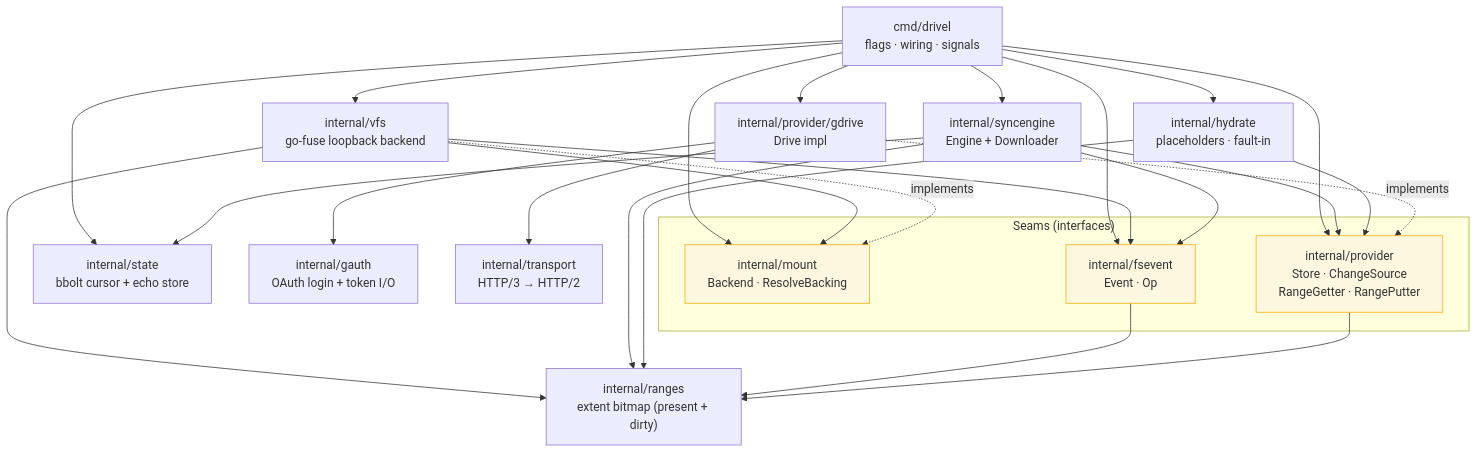
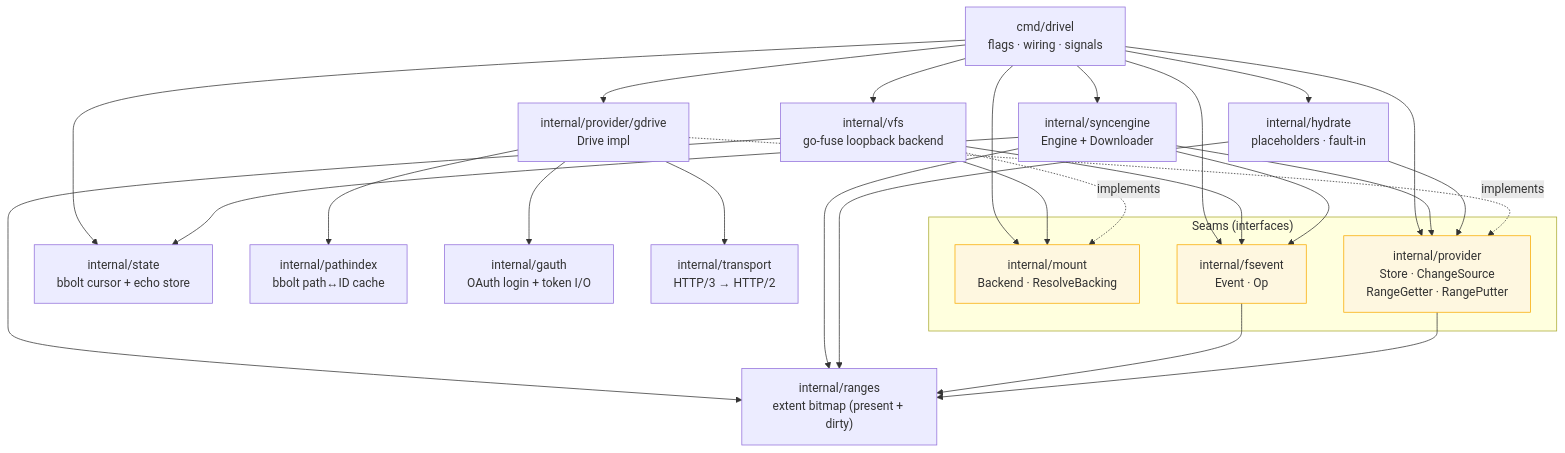
Before and after one commit to syshlted/drivel: the second of 2 diagrams in docs/architecture.md, drawn with Mermaid. The commit also changed other lines of this file and 25 other files, not shown here.

````diff
--- a/docs/architecture.md
+++ b/docs/architecture.md
@@ -88,52 +99,55 @@
 ```mermaid
 flowchart TD
     main["cmd/drivel<br/>flags · wiring · signals"]
 
     subgraph seams["Seams (interfaces)"]
         mount["internal/mount<br/>Backend · ResolveBacking"]
         provider["internal/provider<br/>Store · ChangeSource<br/>RangeGetter · RangePutter"]
         fsevent["internal/fsevent<br/>Event · Op"]
     end
 
     vfs["internal/vfs<br/>go-fuse loopback backend"]
     syncengine["internal/syncengine<br/>Engine + Downloader"]
     state["internal/state<br/>bbolt cursor + echo store"]
     hydrate["internal/hydrate<br/>placeholders · fault-in"]
     rangespkg["internal/ranges<br/>extent bitmap (present + dirty)"]
     gdrive["internal/provider/gdrive<br/>Drive impl"]
+    pathindex["internal/pathindex<br/>bbolt path↔ID cache"]
     gauth["internal/gauth<br/>OAuth login + token I/O"]
     transport["internal/transport<br/>HTTP/3 → HTTP/2"]
 
     main --> mount
     main --> provider
     main --> gdrive
     main --> syncengine
     main --> state
     main --> vfs
     main --> fsevent
     main --> hydrate
 
     vfs --> mount
     vfs --> fsevent
     vfs --> rangespkg
 
     syncengine --> provider
     syncengine --> fsevent
     syncengine --> state
     syncengine --> rangespkg
 
     hydrate --> provider
     hydrate --> rangespkg
 
+    gdrive --> pathindex
+
     fsevent --> rangespkg
     provider --> rangespkg
 
     gdrive -.implements.-> provider
     gdrive --> transport
     gdrive --> gauth
 
     vfs -.implements.-> mount
 
     classDef seam fill:#fef7e0,stroke:#f9ab00;
     class mount,provider,fsevent seam;
 ```
````
